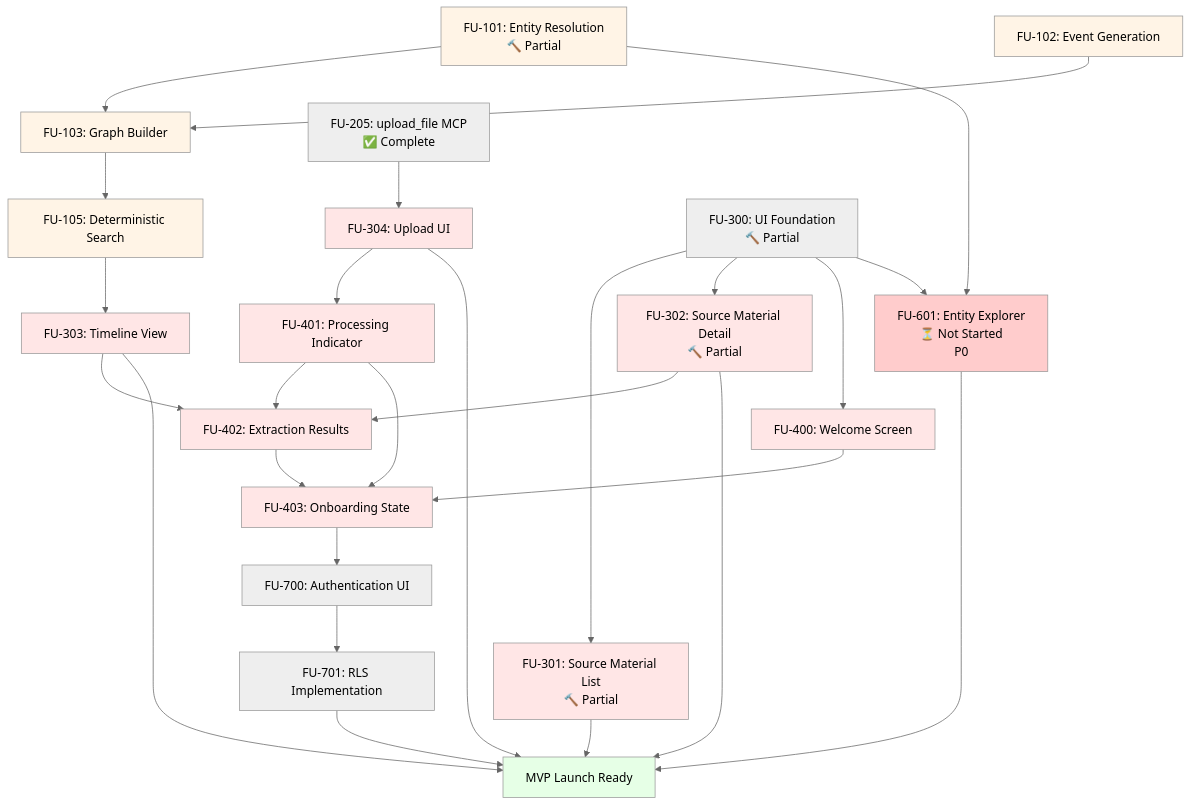
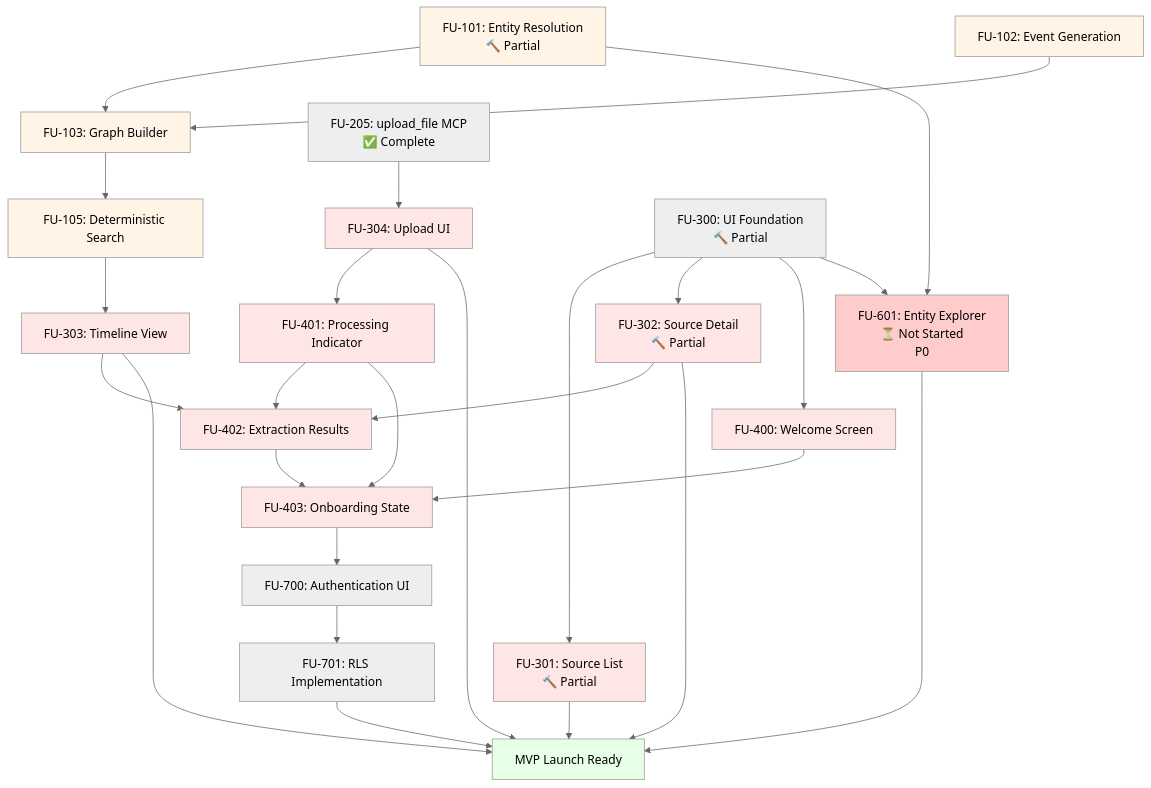
The diagram in docs/specs/MVP_FEATURE_UNITS.md (markmhendrickson/neotoma), drawn with Mermaid before and after one commit. The commit also changed other lines of this file and 6696 other files, not shown here.

````diff
--- a/docs/specs/MVP_FEATURE_UNITS.md
+++ b/docs/specs/MVP_FEATURE_UNITS.md
@@ -1184,46 +1184,46 @@
 ```mermaid
 %%{init: {'theme':'neutral'}}%%
 graph TD
     FU101[FU-101: Entity Resolution] --> FU103[FU-103: Graph Builder]
     FU102[FU-102: Event Generation] --> FU103
     FU103 --> FU105[FU-105: Deterministic Search]
     FU105 --> FU303[FU-303: Timeline View]
     FU205[FU-205: upload_file MCP<br/>✅ Complete] --> FU304[FU-304: Upload UI]
-    FU300[FU-300: UI Foundation<br/>🔨 Partial] --> FU301[FU-301: Source Material List<br/>🔨 Partial]
-    FU300 --> FU302[FU-302: Source Material Detail<br/>🔨 Partial]
+    FU300[FU-300: UI Foundation<br/>🔨 Partial] --> FU301[FU-301: Source List<br/>🔨 Partial]
+    FU300 --> FU302[FU-302: Source Detail<br/>🔨 Partial]
     FU300 --> FU400[FU-400: Welcome Screen]
     FU101[FU-101: Entity Resolution<br/>🔨 Partial] --> FU601[FU-601: Entity Explorer<br/>⏳ Not Started<br/>P0]
     FU300 --> FU601
     FU304 --> FU401[FU-401: Processing Indicator]
     FU401 --> FU402[FU-402: Extraction Results]
     FU302 --> FU402
     FU303 --> FU402
     FU400 --> FU403[FU-403: Onboarding State]
     FU401 --> FU403
     FU402 --> FU403
     FU403 --> FU700[FU-700: Authentication UI]
     FU700 --> FU701[FU-701: RLS Implementation]
     FU701 --> Launch[MVP Launch Ready]
     FU301 --> Launch
     FU302 --> Launch
     FU303 --> Launch
     FU304 --> Launch
     FU601 --> Launch
     style FU101 fill:#fff4e6
     style FU102 fill:#fff4e6
     style FU103 fill:#fff4e6
     style FU105 fill:#fff4e6
     style FU301 fill:#ffe6e6
     style FU302 fill:#ffe6e6
     style FU601 fill:#ffcccc
     style FU301 fill:#ffe6e6
     style FU302 fill:#ffe6e6
     style FU303 fill:#ffe6e6
     style FU601 fill:#ffcccc
     style FU304 fill:#ffe6e6
     style FU400 fill:#ffe6e6
     style FU401 fill:#ffe6e6
     style FU402 fill:#ffe6e6
     style FU403 fill:#ffe6e6
     style Launch fill:#e6ffe6
 ```
````
